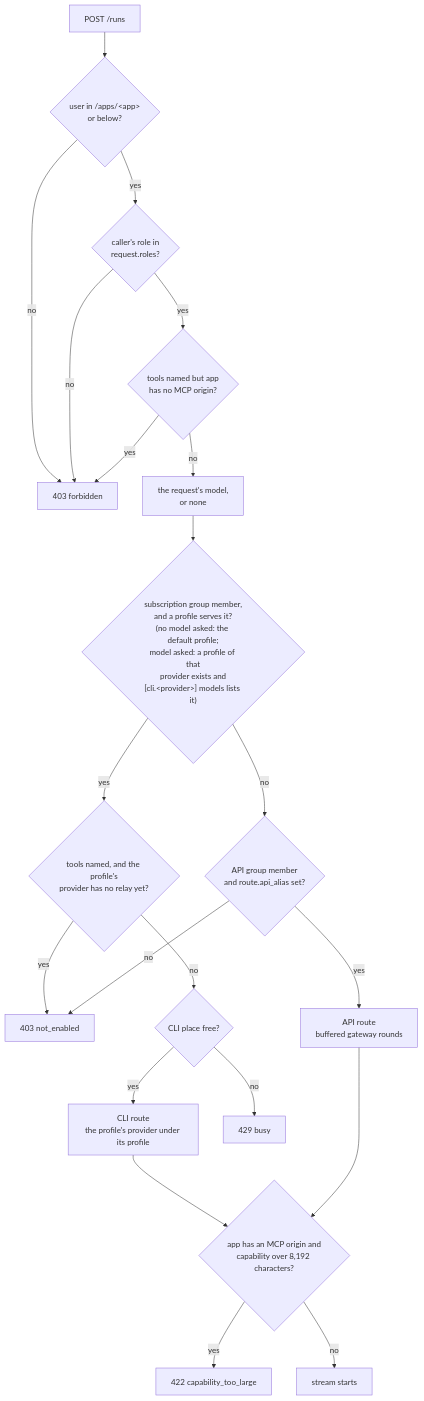
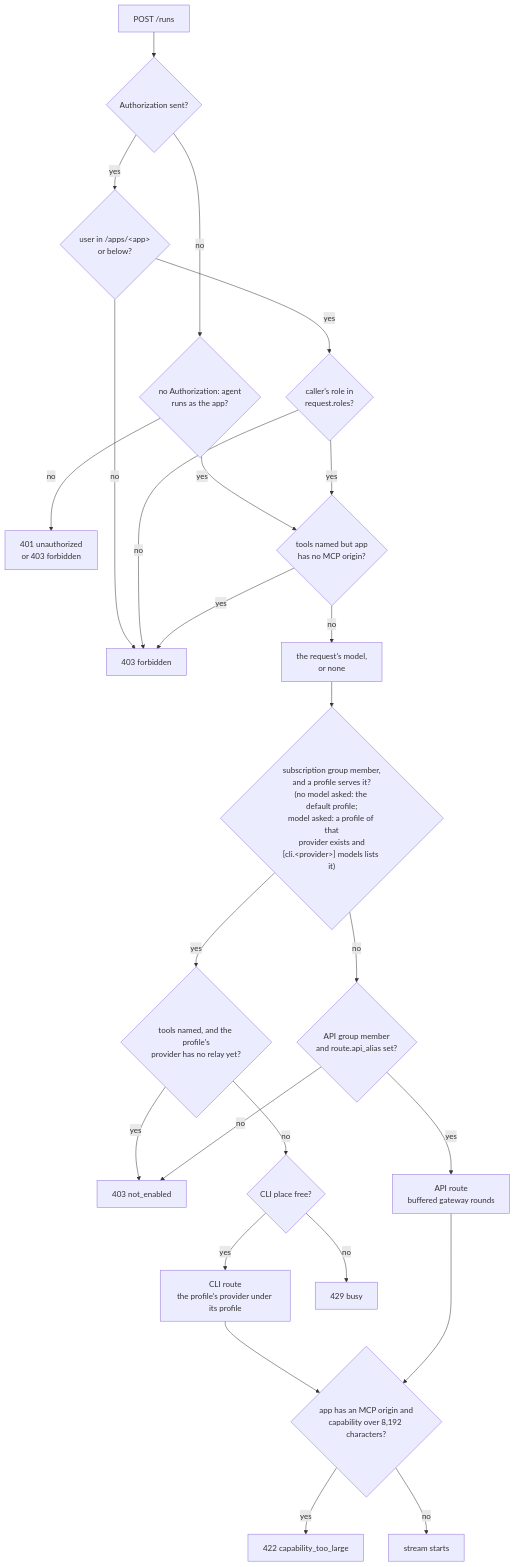
The second of 2 diagrams in docs/ARCHITECTURE.md (overnightworks/agent-runtime), drawn with Mermaid before and after one commit. The commit also changed other lines of this file and 4 other files, not shown here.

First line of the commit message:
Document the app's own agent runs

````diff
--- a/docs/ARCHITECTURE.md
+++ b/docs/ARCHITECTURE.md
@@ -63,23 +63,27 @@
 ```mermaid
 flowchart TB
-    request["POST /runs"] --> gate{"user in /apps/&lt;app&gt;<br/>or below?"}
+    request["POST /runs"] --> credential{"Authorization sent?"}
+    credential -->|no| own{"no Authorization: agent<br/>runs as the app?"}
+    own -->|no| refused["401 unauthorized<br/>or 403 forbidden"]
+    own -->|yes| tools
+    credential -->|yes| gate{"user in /apps/&lt;app&gt;<br/>or below?"}
     gate -->|no| forbidden["403 forbidden"]
     gate -->|yes| role{"caller's role in<br/>request.roles?"}
     role -->|no| forbidden
     role -->|yes| tools{"tools named but app<br/>has no MCP origin?"}
     tools -->|yes| forbidden
     tools -->|no| model["the request's model,<br/>or none"]
     model --> subscription{"subscription group member,<br/>and a profile serves it?<br/>(no model asked: the default profile;<br/>model asked: a profile of that<br/>provider exists and<br/>[cli.&lt;provider&gt;] models lists it)"}
     subscription -->|yes| relay{"tools named, and the profile's<br/>provider has no relay yet?"}
     relay -->|yes| notenabled
     relay -->|no| slot{"CLI place free?"}
     slot -->|yes| cli["CLI route<br/>the profile's provider under its profile"]
     slot -->|no| busy["429 busy"]
     subscription -->|no| api{"API group member<br/>and route.api_alias set?"}
     api -->|yes| paid["API route<br/>buffered gateway rounds"]
     api -->|no| notenabled["403 not_enabled"]
     cli --> size{"app has an MCP origin and<br/>capability over 8,192 characters?"}
     paid --> size
     size -->|yes| toolarge["422 capability_too_large"]
     size -->|no| run["stream starts"]
 ```
````
